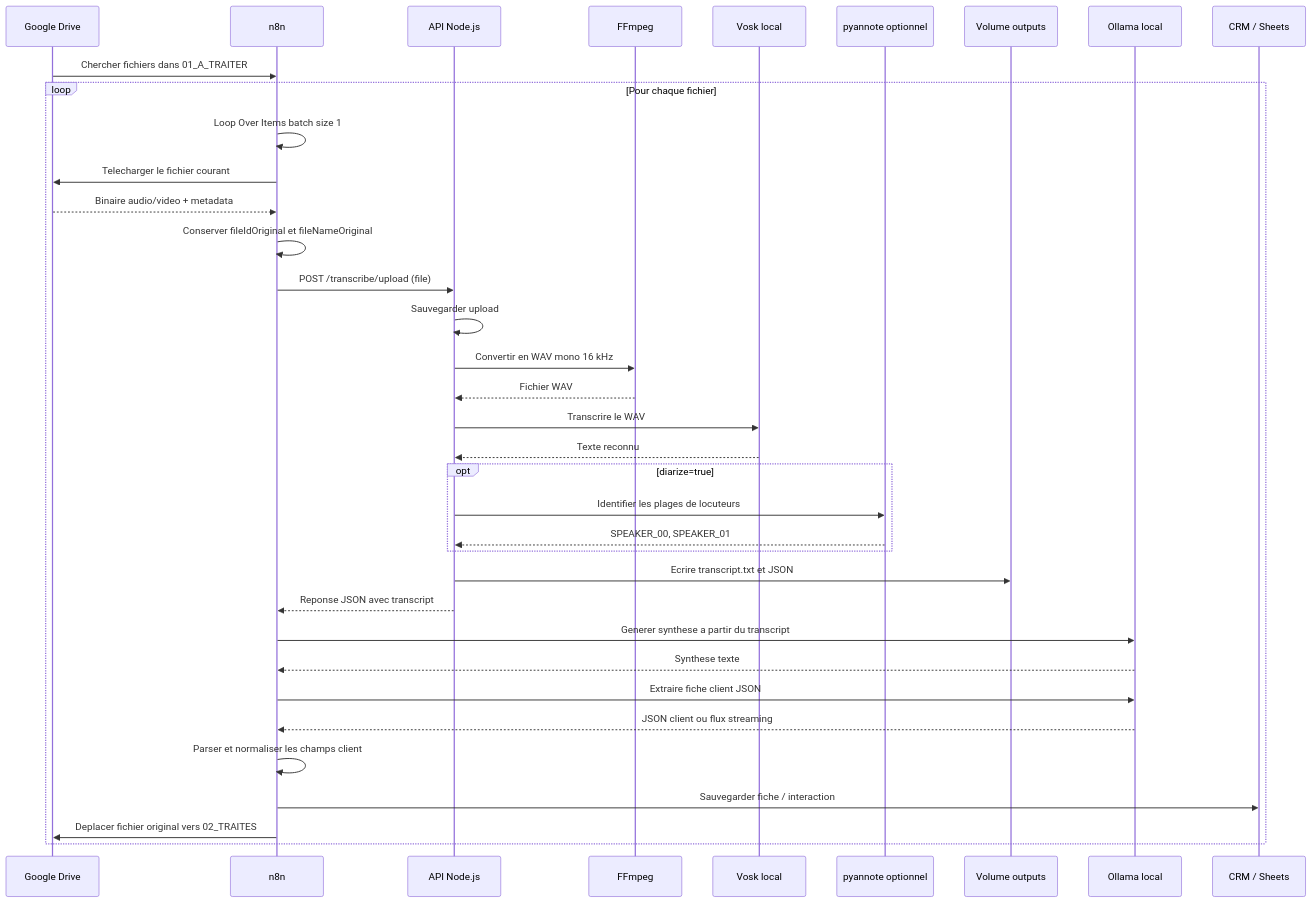
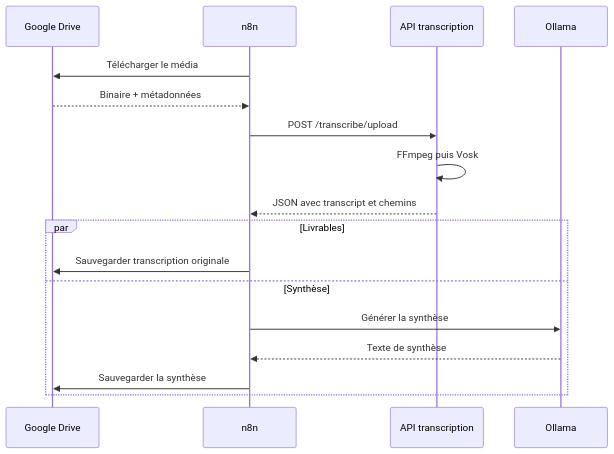
The second of 4 diagrams in ARCHITECTURE.md (souhak00/transcription-api), drawn with Mermaid before and after one commit. The commit also changed other lines of this file and 7 other files, not shown here.

Commit message:
docs: actualiser l'architecture v2

````diff
--- a/ARCHITECTURE.md
+++ b/ARCHITECTURE.md
@@ -81,39 +117,20 @@
 ```mermaid
 sequenceDiagram
     participant D as Google Drive
     participant N as n8n
-    participant A as API Node.js
-    participant F as FFmpeg
-    participant V as Vosk local
-    participant P as pyannote optionnel
-    participant O as Volume outputs
-    participant L as Ollama local
-    participant C as CRM / Sheets
+    participant A as API transcription
+    participant O as Ollama
 
-    D->>N: Chercher fichiers dans 01_A_TRAITER
-    loop Pour chaque fichier
-    N->>N: Loop Over Items batch size 1
-    N->>D: Telecharger le fichier courant
-    D-->>N: Binaire audio/video + metadata
-    N->>N: Conserver fileIdOriginal et fileNameOriginal
-    N->>A: POST /transcribe/upload (file)
-    A->>A: Sauvegarder upload
-    A->>F: Convertir en WAV mono 16 kHz
-    F-->>A: Fichier WAV
-    A->>V: Transcrire le WAV
-    V-->>A: Texte reconnu
-    opt diarize=true
-        A->>P: Identifier les plages de locuteurs
-        P-->>A: SPEAKER_00, SPEAKER_01
-    end
-    A->>O: Ecrire transcript.txt et JSON
-    A-->>N: Reponse JSON avec transcript
-    N->>L: Generer synthese a partir du transcript
-    L-->>N: Synthese texte
-    N->>L: Extraire fiche client JSON
-    L-->>N: JSON client ou flux streaming
-    N->>N: Parser et normaliser les champs client
-    N->>C: Sauvegarder fiche / interaction
-    N->>D: Deplacer fichier original vers 02_TRAITES
+    N->>D: Télécharger le média
+    D-->>N: Binaire + métadonnées
+    N->>A: POST /transcribe/upload
+    A->>A: FFmpeg puis Vosk
+    A-->>N: JSON avec transcript et chemins
+    par Livrables
+        N->>D: Sauvegarder transcription originale
+    and Synthèse
+        N->>O: Générer la synthèse
+        O-->>N: Texte de synthèse
+        N->>D: Sauvegarder la synthèse
     end
 ```
````
